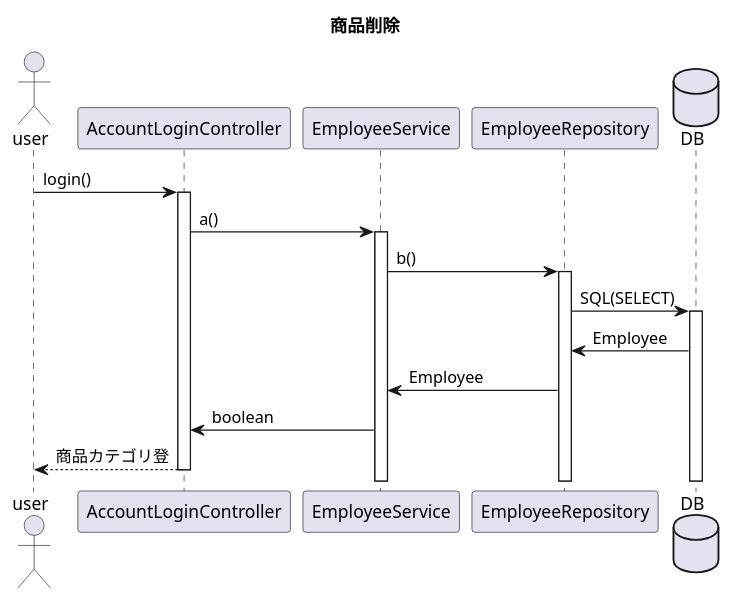
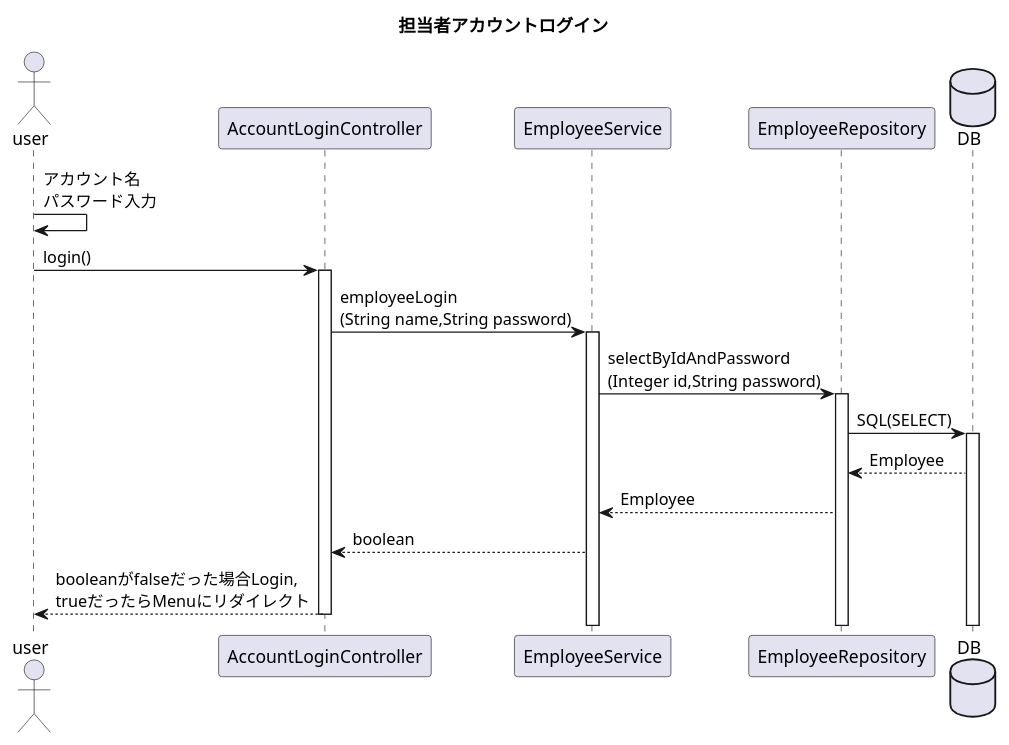
Before and after one commit to kanavii3333/ec-b: the diagram in plan/uml/sequence/uc017.plantuml, drawn with PlantUML. The commit also changed 1 other file, not shown here.

Commit message:
ログインのシーケンス図

```diff
--- a/plan/uml/sequence/uc017.plantuml
+++ b/plan/uml/sequence/uc017.plantuml
@@ -1,19 +1,19 @@
 @startuml
-title 商品削除
+title 担当者アカウントログイン
 actor user
 participant AccountLoginController as Controller
 participant EmployeeService as Service
 participant EmployeeRepository as Repository
 database DB
 
-
+user -> user:アカウント名\nパスワード入力
 user -> Controller++:login()
-Controller -> Service++:a()
-Service -> Repository++:b()
+Controller -> Service++:employeeLogin\n(String name,String password)
+Service -> Repository++:selectByIdAndPassword\n(Integer id,String password)
 Repository -> DB++:SQL(SELECT)
-Repository <- DB:Employee
-Service <- Repository:Employee
-Controller <- Service:boolean
-user <-- Controller--:商品カテゴリ登
+Repository <-- DB:Employee
+Service <-- Repository:Employee
+Controller <-- Service:boolean
+user <-- Controller--:booleanがfalseだった場合Login,\ntrueだったらMenuにリダイレクト
 
 @enduml
```
